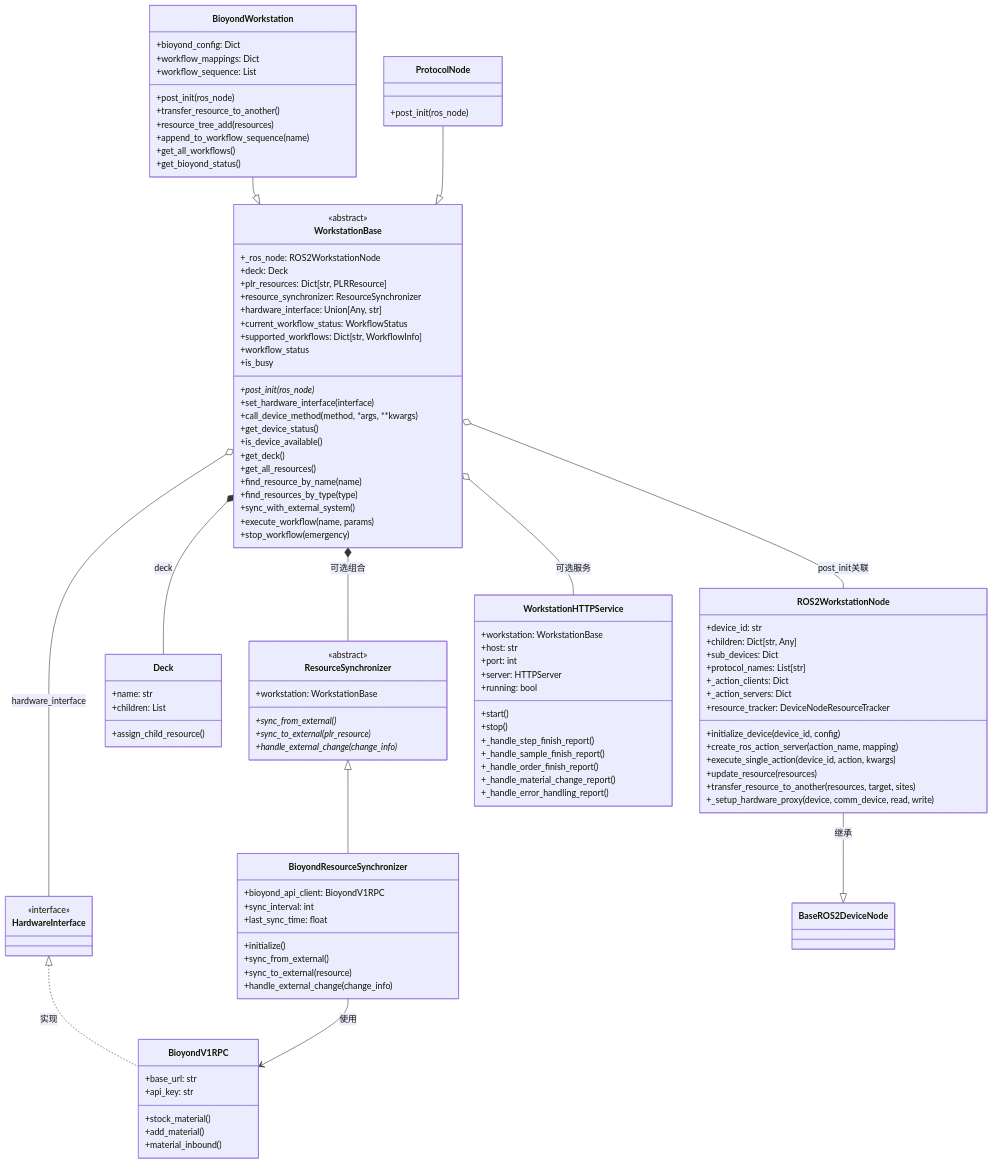
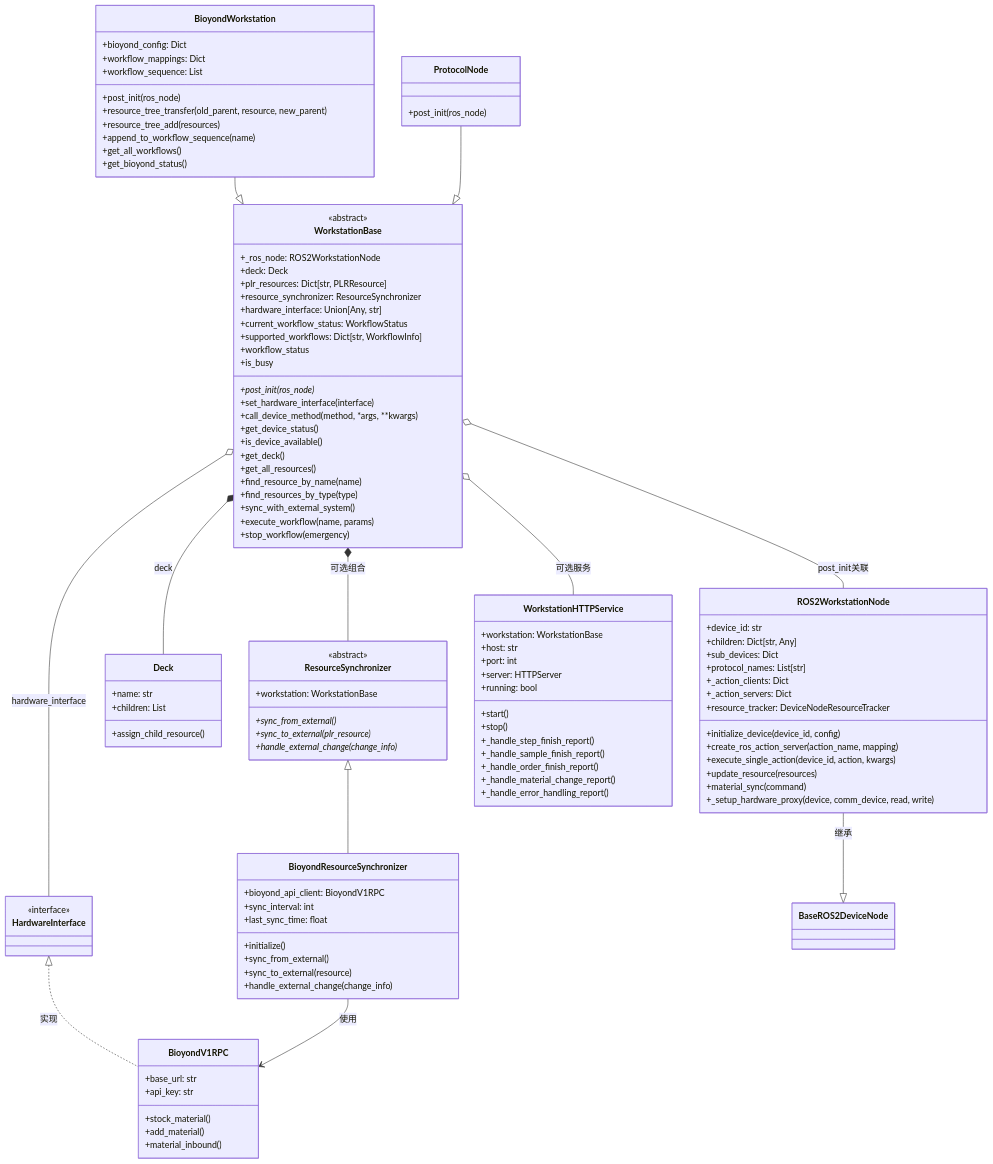
One commit to deepmodeling/Uni-Lab-OS changed the fourth of 8 diagrams in docs/developer_guide/examples/workstation_architecture.md. Above: the diagram before and after it, drawn with Mermaid. The commit also changed other lines of this file and 2 other files, not shown here.

Commit message:
docs(materials): document materials.transfer instead of a nonexistent node helper
materials_operations_guide.md and workstation_architecture.md described
node.transfer_resource_to_another, which DeviceNode does not have. A
driver transfers materials with materials.transfer and its own node as
the source; the node's side of a transfer is material_sync. A test keeps
every node.<method>(...) call in the material docs pointing at a real
DeviceNode method.

Fixes FRAMEWORK_GAPS #33.

```diff
--- a/docs/developer_guide/examples/workstation_architecture.md
+++ b/docs/developer_guide/examples/workstation_architecture.md
@@ -215,7 +215,7 @@
         +create_ros_action_server(action_name, mapping)
         +execute_single_action(device_id, action, kwargs)
         +update_resource(resources)
-        +transfer_resource_to_another(resources, target, sites)
+        +material_sync(command)
         +_setup_hardware_proxy(device, comm_device, read, write)
     }
 
@@ -282,7 +282,7 @@
         +workflow_sequence: List
 
         +post_init(ros_node)
-        +transfer_resource_to_another()
+        +resource_tree_transfer(old_parent, resource, new_parent)
         +resource_tree_add(resources)
         +append_to_workflow_sequence(name)
         +get_all_workflows()
```
